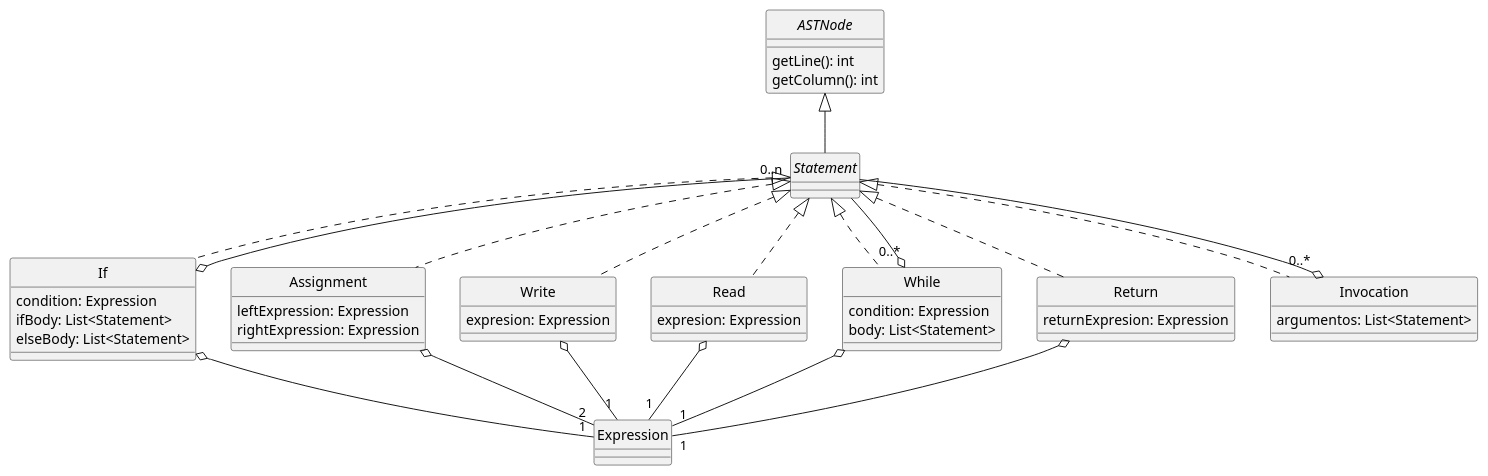
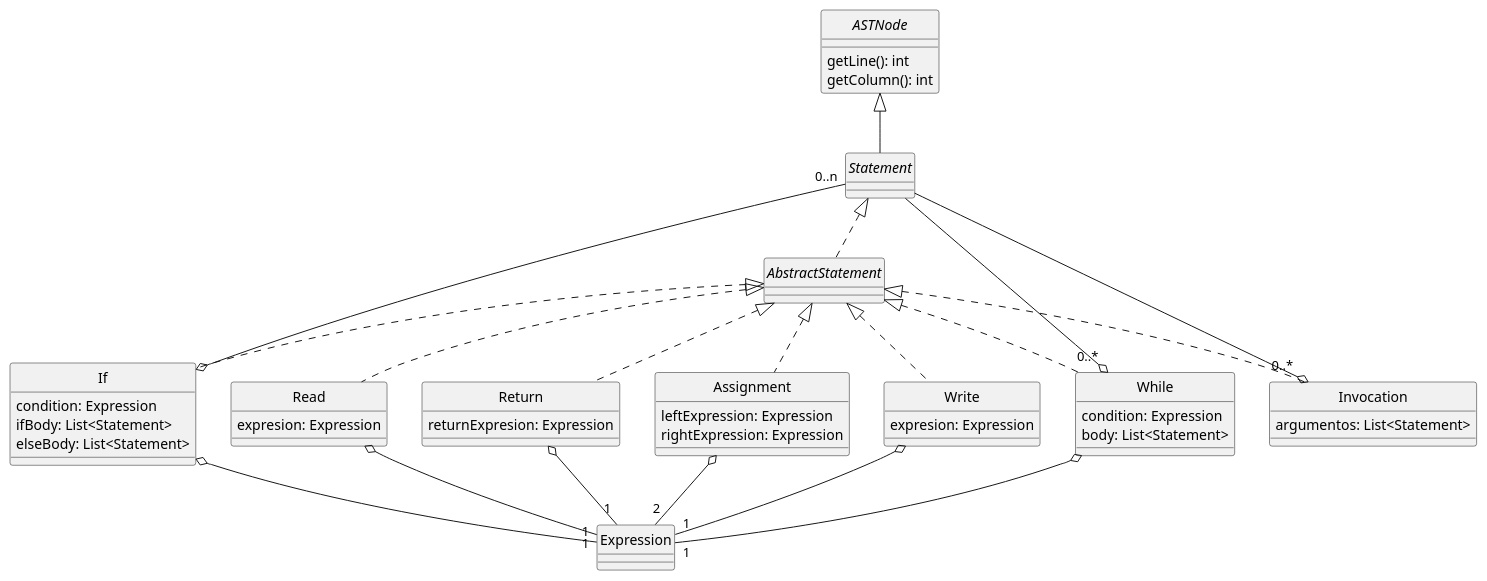
The diagram in docs/diagrams/statements.plantuml (JonathanAriass/dlp-examen), drawn with PlantUML before and after one commit. The commit also changed 10 other files, not shown here.

Commit message:
add Statement implementation; change Statement UML

```diff
--- a/docs/diagrams/statements.plantuml
+++ b/docs/diagrams/statements.plantuml
@@ -1,64 +1,67 @@
 @startuml Statements
 skinparam style strictuml
 skinparam monochrome true
 
 
 interface ASTNode {
     getLine(): int
     getColumn(): int
 }
 
 interface Statement
+
+abstract AbstractStatement
 
 class If {
     condition: Expression
     ifBody: List<Statement>
     elseBody: List<Statement>
 }
 
 class Assignment {
     leftExpression: Expression
     rightExpression: Expression
     ' Deben de poder ser evaluables
 }
 
 class Write {
     expresion: Expression
 }
 
 class Read {
     expresion: Expression
 }
 
 class While {
     condition: Expression
     body: List<Statement>
 }
 
 class Return {
     returnExpresion: Expression
 }
 
 class Invocation {
     argumentos: List<Statement>
 }
 
 ASTNode <|-- Statement
-Statement <|.. If
-Statement <|.. Assignment
-Statement <|.. Write
-Statement <|.. Read
-Statement <|.. While
-Statement <|.. Return
-Statement <|.. Invocation
+Statement <|.. AbstractStatement
+AbstractStatement <|.. If
+AbstractStatement <|.. Assignment
+AbstractStatement <|.. Write
+AbstractStatement <|.. Read
+AbstractStatement <|.. While
+AbstractStatement <|.. Return
+AbstractStatement <|.. Invocation
 If o-- "1" Expression
 Write o-- "1" Expression
 Read o-- "1" Expression
 While o-- "1" Expression
 While "0..*" o-- Statement
 Return o-- "1" Expression
 Assignment o-- "2" Expression
 If o-- "0..n" Statement
 Invocation "0..*" o-- Statement
 
 @enduml
```
